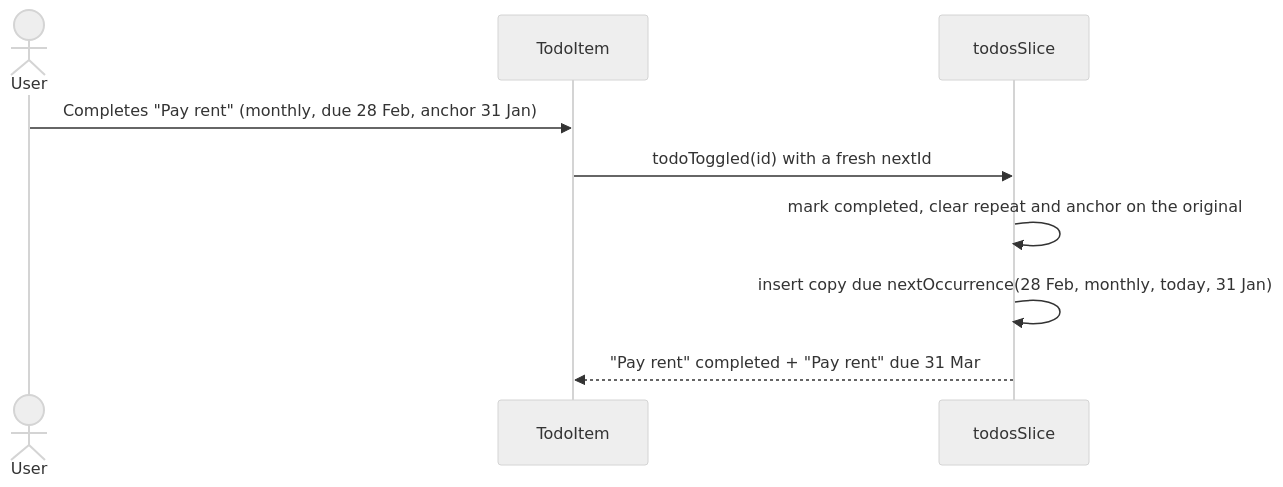
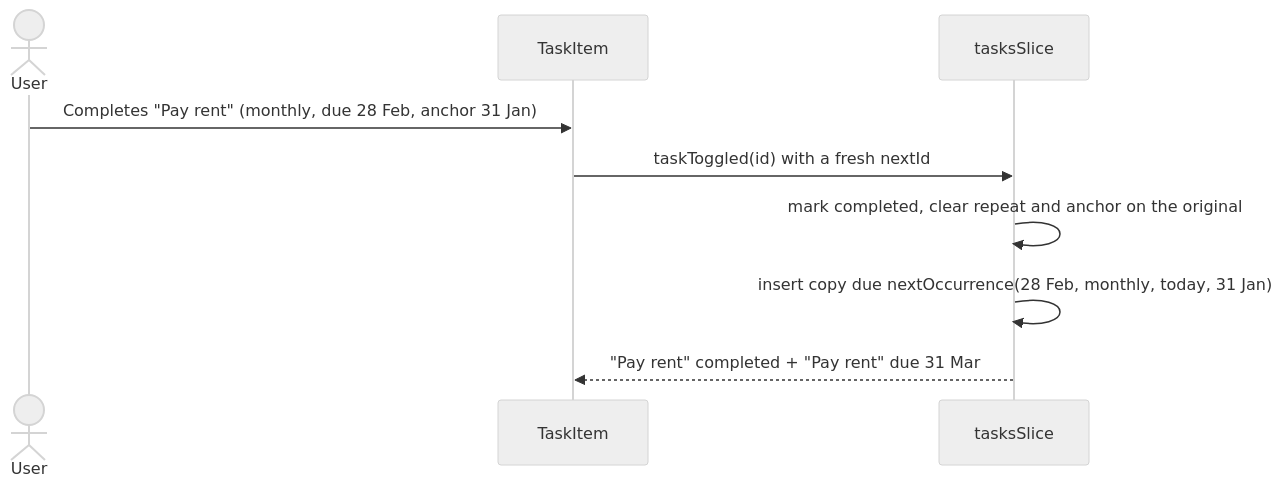
The fifth of 10 diagrams in docs/architecture.md (sacrificed666/react-todo-app), drawn with Mermaid (neutral theme) before and after one commit. The commit also changed other lines of this file and 182 other files, not shown here.

First line of the commit message:
refactor: rename todos to tasks and update related selectors, components, and tests

````diff
--- a/docs/architecture.md
+++ b/docs/architecture.md
@@ -177,11 +177,11 @@
 ```mermaid
 sequenceDiagram
   actor User
-  participant Row as TodoItem
-  participant Slice as todosSlice
+  participant Row as TaskItem
+  participant Slice as tasksSlice
   User->>Row: Completes "Pay rent" (monthly, due 28 Feb, anchor 31 Jan)
-  Row->>Slice: todoToggled(id) with a fresh nextId
+  Row->>Slice: taskToggled(id) with a fresh nextId
   Slice->>Slice: mark completed, clear repeat and anchor on the original
   Slice->>Slice: insert copy due nextOccurrence(28 Feb, monthly, today, 31 Jan)
   Slice-->>Row: "Pay rent" completed + "Pay rent" due 31 Mar
 ```
````
